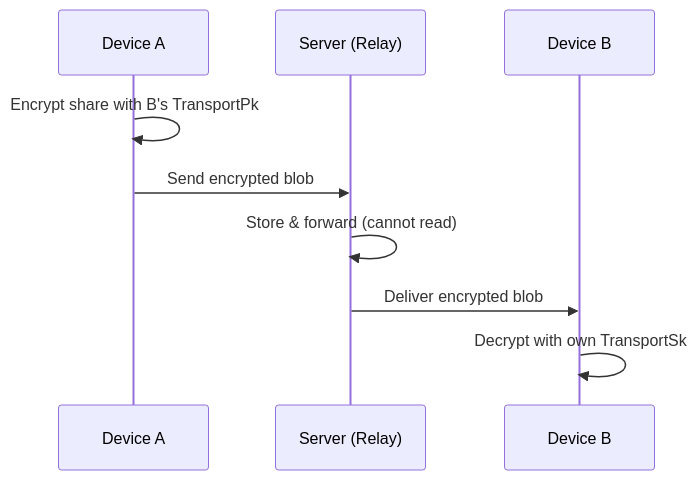
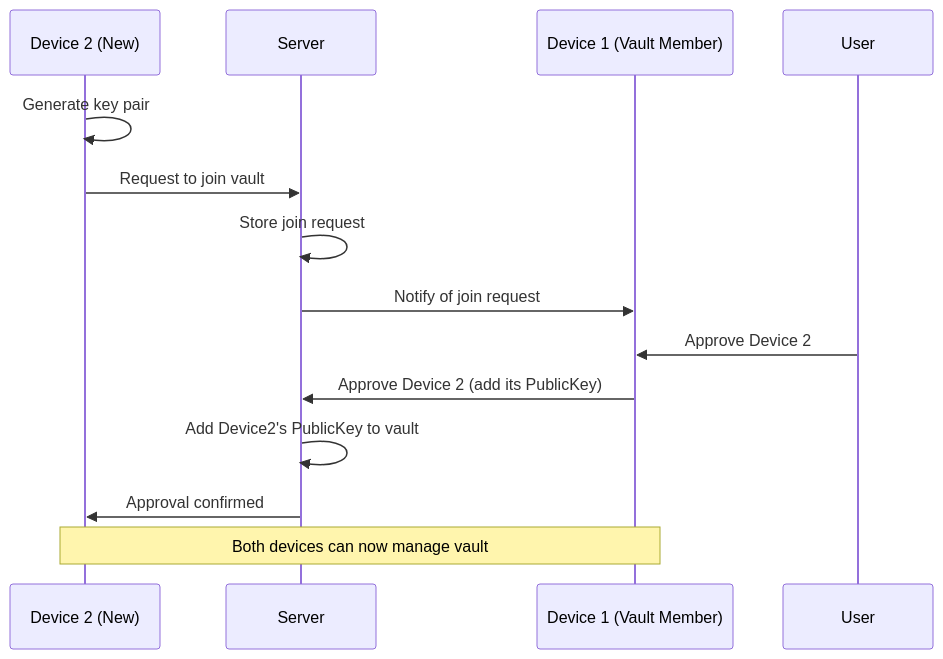
Before and after one commit to meta-secret/meta-secret-core: the fourth of 7 diagrams in docs/meta-secret-technical-presentation.md, drawn with Mermaid. The commit also changed other lines of this file, not shown here.

````diff
--- a/docs/meta-secret-technical-presentation.md
+++ b/docs/meta-secret-technical-presentation.md
@@ -237,12 +390,19 @@
 ```mermaid
 sequenceDiagram
-    participant A as Device A
-    participant S as Server (Relay)
-    participant B as Device B
-
-    A->>A: Encrypt share with B's TransportPk
-    A->>S: Send encrypted blob
-    S->>S: Store & forward (cannot read)
-    S->>B: Deliver encrypted blob
-    B->>B: Decrypt with own TransportSk
+    participant D2 as Device 2 (New)
+    participant S as Server
+    participant D1 as Device 1 (Vault Member)
+    participant User as User
+    
+    D2->>D2: Generate key pair
+    D2->>S: Request to join vault
+    S->>S: Store join request
+    S->>D1: Notify of join request
+    
+    User->>D1: Approve Device 2
+    D1->>S: Approve Device 2 (add its PublicKey)
+    S->>S: Add Device2's PublicKey to vault
+    S->>D2: Approval confirmed
+    
+    Note over D2,D1: Both devices can now manage vault
 ```
````
